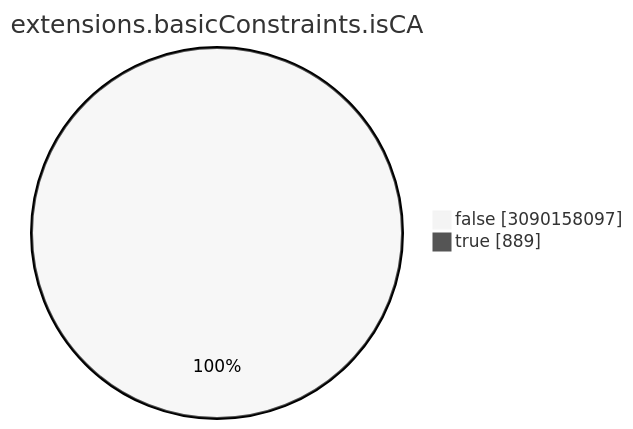
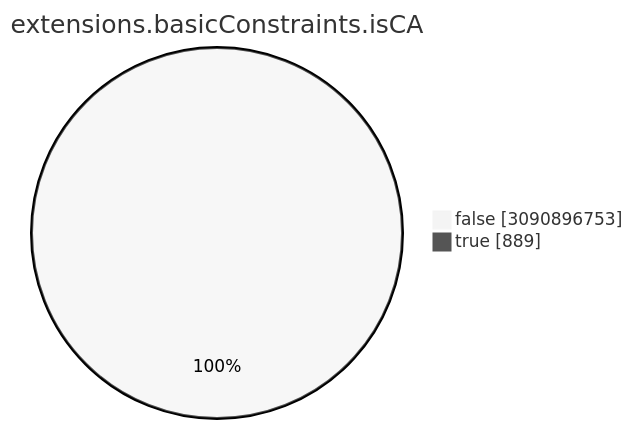
The seventh of 15 diagrams in TOTAL/README.md (christiankrug/ctmonitor_visualization), drawn with Mermaid (neutral theme) before and after one commit. The commit also changed other lines of this file, not shown here.

````diff
--- a/TOTAL/README.md
+++ b/TOTAL/README.md
@@ -3086,6 +3086,6 @@
 ```mermaid
 pie showData
 title extensions.basicConstraints.isCA
-"false" :3090158097
+"false" :3090896753
 "true" :889
 ```
````
